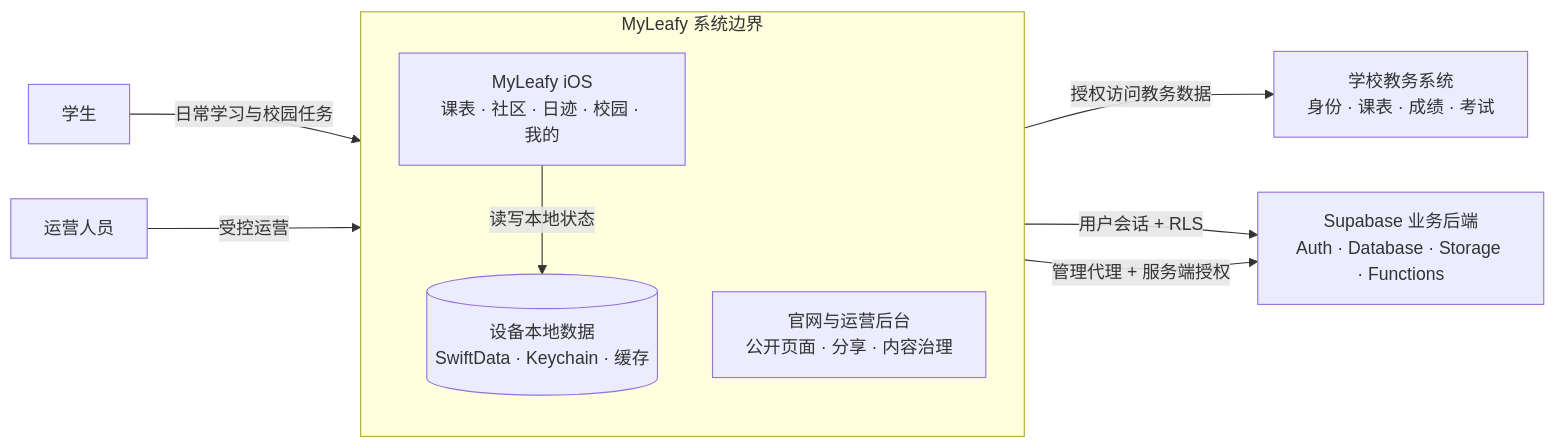
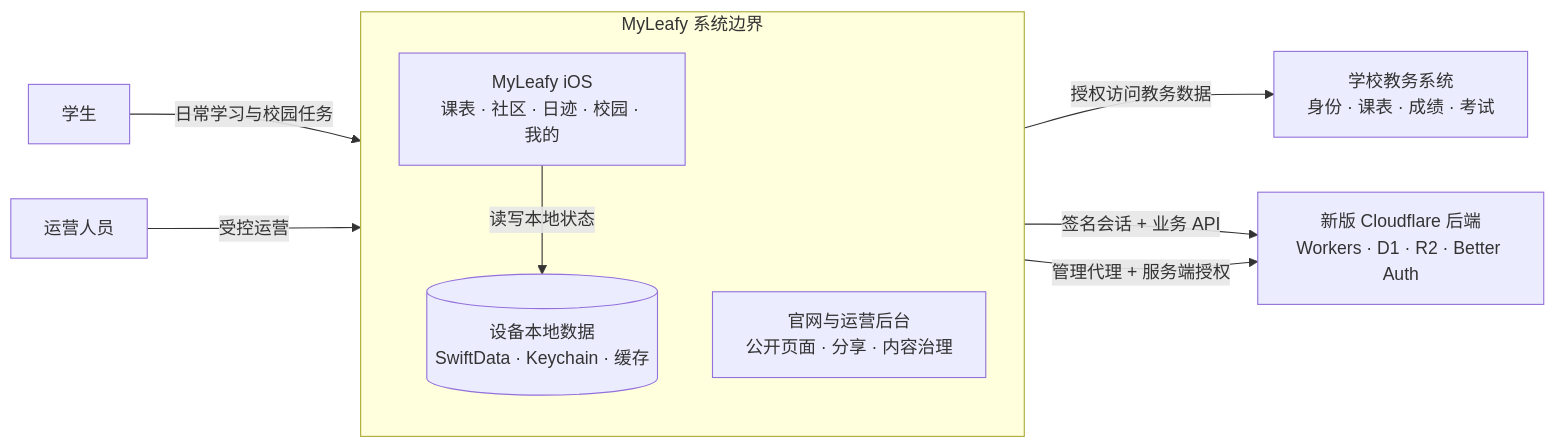
The first of 2 diagrams in state/ARCHITECTURE.md (IsaacHuo/MyLeafy), drawn with Mermaid before and after one commit. The commit also changed other lines of this file and 166 other files, not shown here.

Commit message:
Migrate iOS and web clients to Cloudflare backend

````diff
--- a/state/ARCHITECTURE.md
+++ b/state/ARCHITECTURE.md
@@ -20,22 +21,22 @@
 ```mermaid
 flowchart LR
     Student["学生"]
     Operator["运营人员"]
 
     subgraph Product["MyLeafy 系统边界"]
         direction TB
         IOS["MyLeafy iOS<br/>课表 · 社区 · 日迹 · 校园 · 我的"]
         Local[("设备本地数据<br/>SwiftData · Keychain · 缓存")]
         Web["官网与运营后台<br/>公开页面 · 分享 · 内容治理"]
         IOS -->|读写本地状态| Local
     end
 
     School["学校教务系统<br/>身份 · 课表 · 成绩 · 考试"]
-    Backend["Supabase 业务后端<br/>Auth · Database · Storage · Functions"]
+    Backend["新版 Cloudflare 后端<br/>Workers · D1 · R2 · Better Auth"]
 
     Student -->|日常学习与校园任务| IOS
     Operator -->|受控运营| Web
     IOS -->|授权访问教务数据| School
-    IOS -->|用户会话 + RLS| Backend
+    IOS -->|签名会话 + 业务 API| Backend
     Web -->|管理代理 + 服务端授权| Backend
 ```
````
